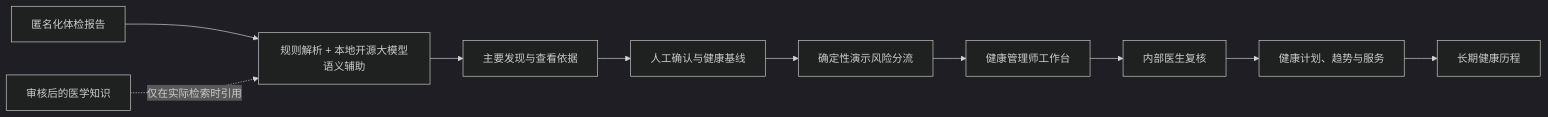
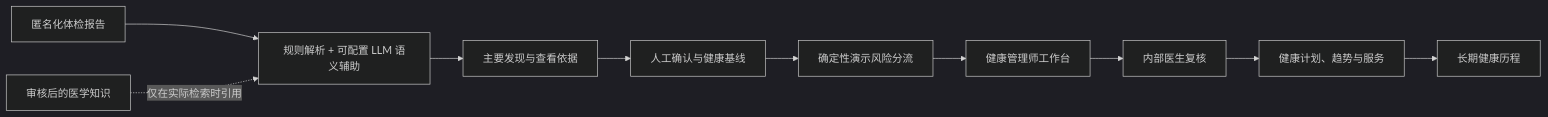
The first of 2 diagrams in README.md (KaedeharaT/executive-healthops), drawn with Mermaid (dark theme) before and after one commit. The commit also changed other lines of this file and 4 other files, not shown here.

````diff
--- a/README.md
+++ b/README.md
@@ -39,12 +44,12 @@
 ```mermaid
 flowchart LR
-    A[匿名化体检报告] --> B[规则解析 + 本地开源大模型语义辅助]
+    A[匿名化体检报告] --> B[规则解析 + 可配置 LLM 语义辅助]
     B --> C[主要发现与查看依据]
     C --> D[人工确认与健康基线]
     D --> E[确定性演示风险分流]
     E --> F[健康管理师工作台]
     F --> G[内部医生复核]
     G --> H[健康计划、趋势与服务]
     H --> I[长期健康历程]
     J[审核后的医学知识] -.仅在实际检索时引用.-> B
 ```
````
